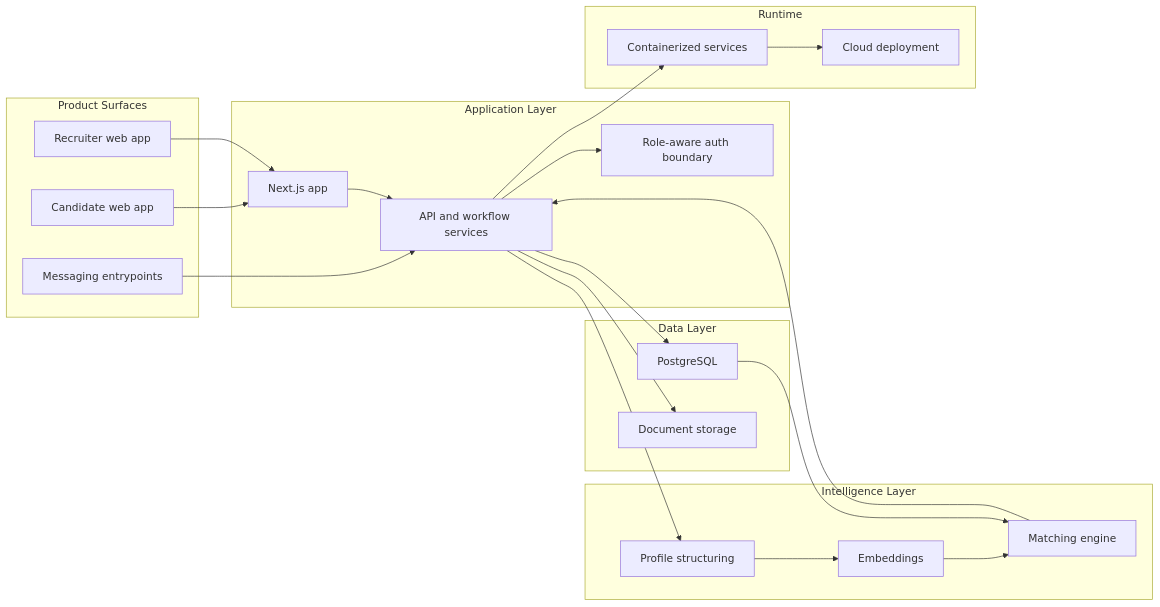
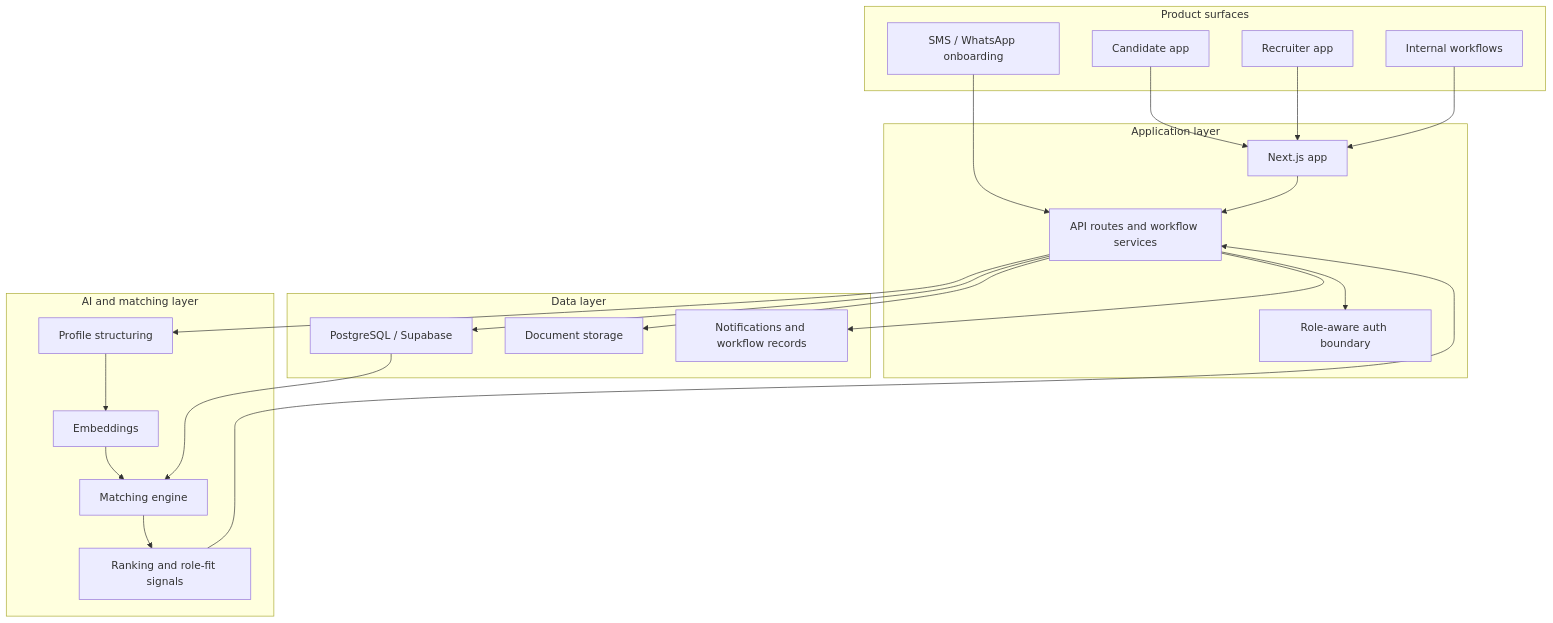
Before and after one commit to SujayCh07/cache-case-study: the first of 4 diagrams in README.md, drawn with Mermaid. The commit also changed other lines of this file, not shown here.

````diff
--- a/README.md
+++ b/README.md
@@ -26,45 +67,46 @@
 ```mermaid
-flowchart LR
-    subgraph clients["Product Surfaces"]
-        candidate["Candidate web app"]
-        recruiter["Recruiter web app"]
-        messaging["Messaging entrypoints"]
+flowchart TB
+    subgraph surfaces["Product surfaces"]
+        CandidateApp["Candidate app"]
+        RecruiterApp["Recruiter app"]
+        Messaging["SMS / WhatsApp onboarding"]
+        Admin["Internal workflows"]
     end
 
-    subgraph app["Application Layer"]
-        next["Next.js app"]
-        api["API and workflow services"]
-        auth["Role-aware auth boundary"]
+    subgraph application["Application layer"]
+        NextApp["Next.js app"]
+        API["API routes and workflow services"]
+        Auth["Role-aware auth boundary"]
     end
 
-    subgraph data["Data Layer"]
-        postgres["PostgreSQL"]
-        storage["Document storage"]
+    subgraph data["Data layer"]
+        Postgres["PostgreSQL / Supabase"]
+        Storage["Document storage"]
+        Events["Notifications and workflow records"]
     end
 
-    subgraph intelligence["Intelligence Layer"]
-        profiles["Profile structuring"]
-        embeddings["Embeddings"]
-        matching["Matching engine"]
+    subgraph intelligence["AI and matching layer"]
+        Structuring["Profile structuring"]
+        Embeddings["Embeddings"]
+        Matching["Matching engine"]
+        Ranking["Ranking and role-fit signals"]
     end
 
-    subgraph ops["Runtime"]
-        containers["Containerized services"]
-        cloud["Cloud deployment"]
-    end
+    CandidateApp --> NextApp
+    RecruiterApp --> NextApp
+    Admin --> NextApp
+    Messaging --> API
 
-    candidate --> next
-    recruiter --> next
-    messaging --> api
-    next --> api
-    api --> auth
-    api --> postgres
-    api --> storage
-    api --> profiles
-    profiles --> embeddings
-    embeddings --> matching
-    postgres --> matching
-    matching --> api
-    api --> containers
-    containers --> cloud
+    NextApp --> API
+    API --> Auth
+    API --> Postgres
+    API --> Storage
+    API --> Events
+
+    API --> Structuring
+    Structuring --> Embeddings
+    Embeddings --> Matching
+    Postgres --> Matching
+    Matching --> Ranking
+    Ranking --> API
 ```
````
